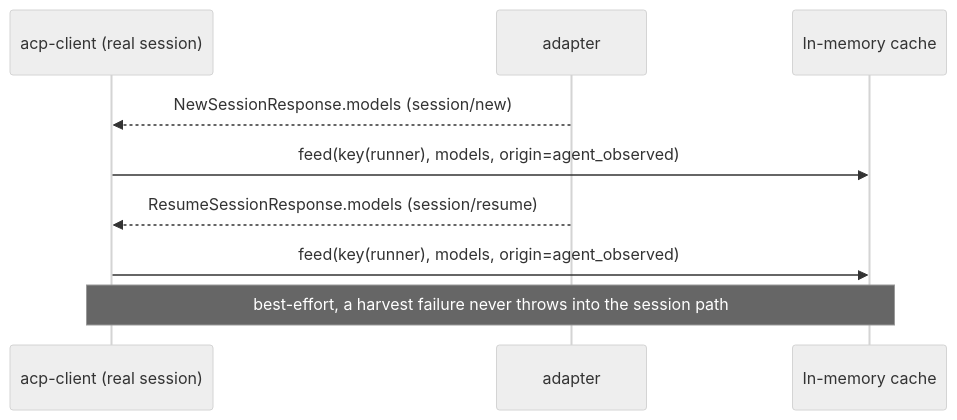
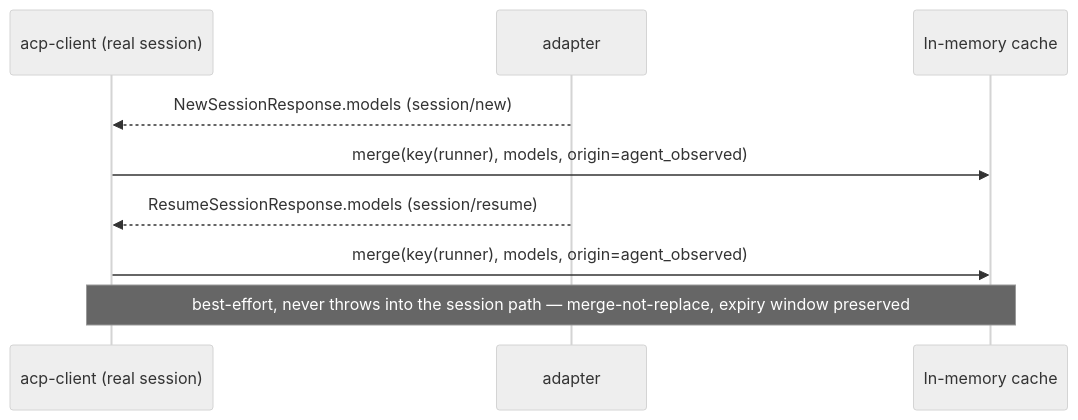
One commit to maister-dev/maister changed the fifth of 5 diagrams in docs/system-analytics/model-catalog.md. Above: the diagram before and after it, drawn with Mermaid (neutral theme). The commit also changed other lines of this file and 40 other files, not shown here.

````diff
--- a/docs/system-analytics/model-catalog.md
+++ b/docs/system-analytics/model-catalog.md
@@ -187,12 +196,12 @@
 ```mermaid
 sequenceDiagram
     participant Sup as acp-client (real session)
     participant Child as adapter
     participant Cache as In-memory cache
 
     Child-->>Sup: NewSessionResponse.models (session/new)
-    Sup->>Cache: feed(key(runner), models, origin=agent_observed)
+    Sup->>Cache: merge(key(runner), models, origin=agent_observed)
     Child-->>Sup: ResumeSessionResponse.models (session/resume)
-    Sup->>Cache: feed(key(runner), models, origin=agent_observed)
-    note over Sup,Cache: best-effort, a harvest failure never throws into the session path
+    Sup->>Cache: merge(key(runner), models, origin=agent_observed)
+    note over Sup,Cache: best-effort, never throws into the session path — merge-not-replace, expiry window preserved
 ```
````
